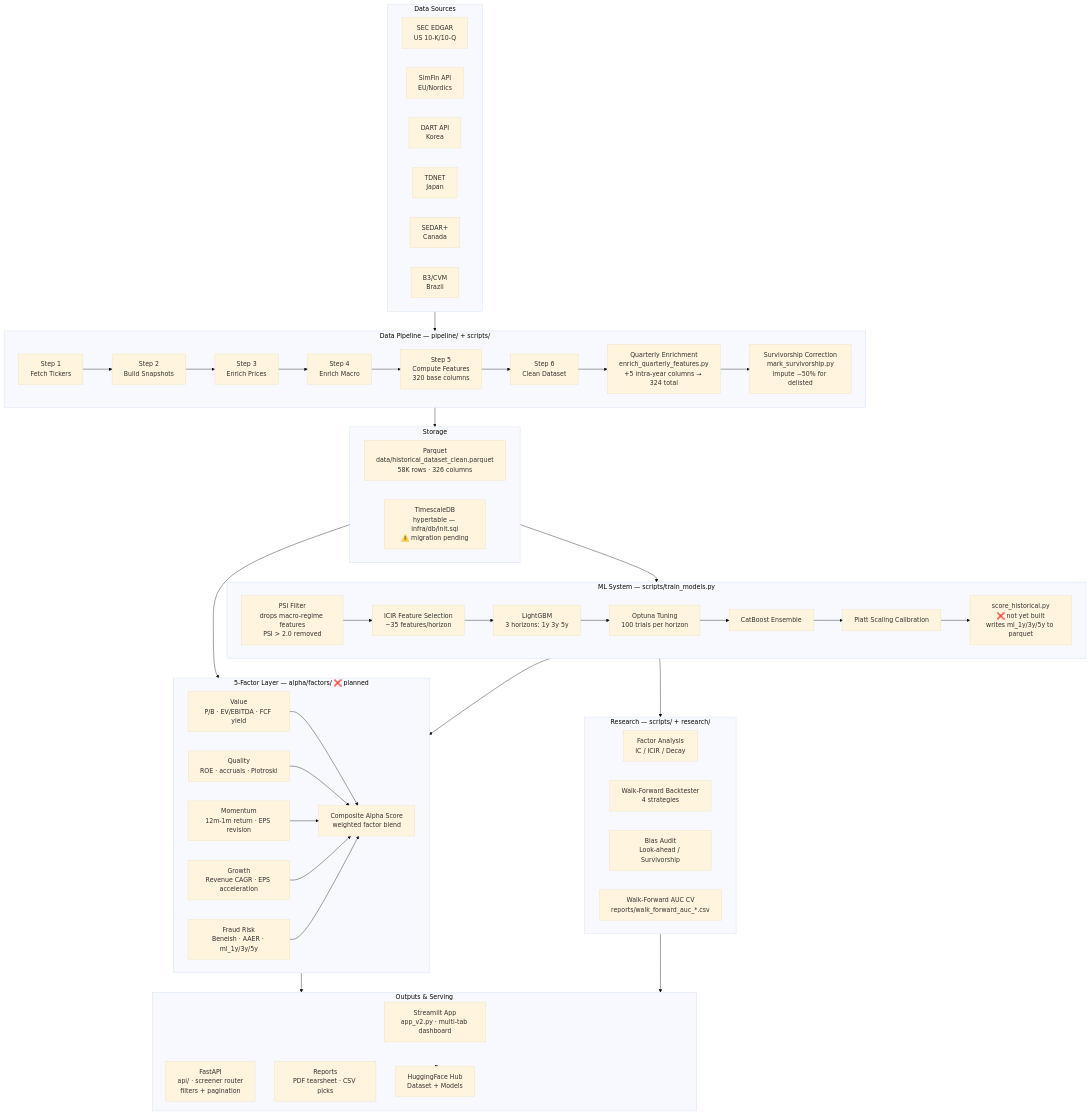
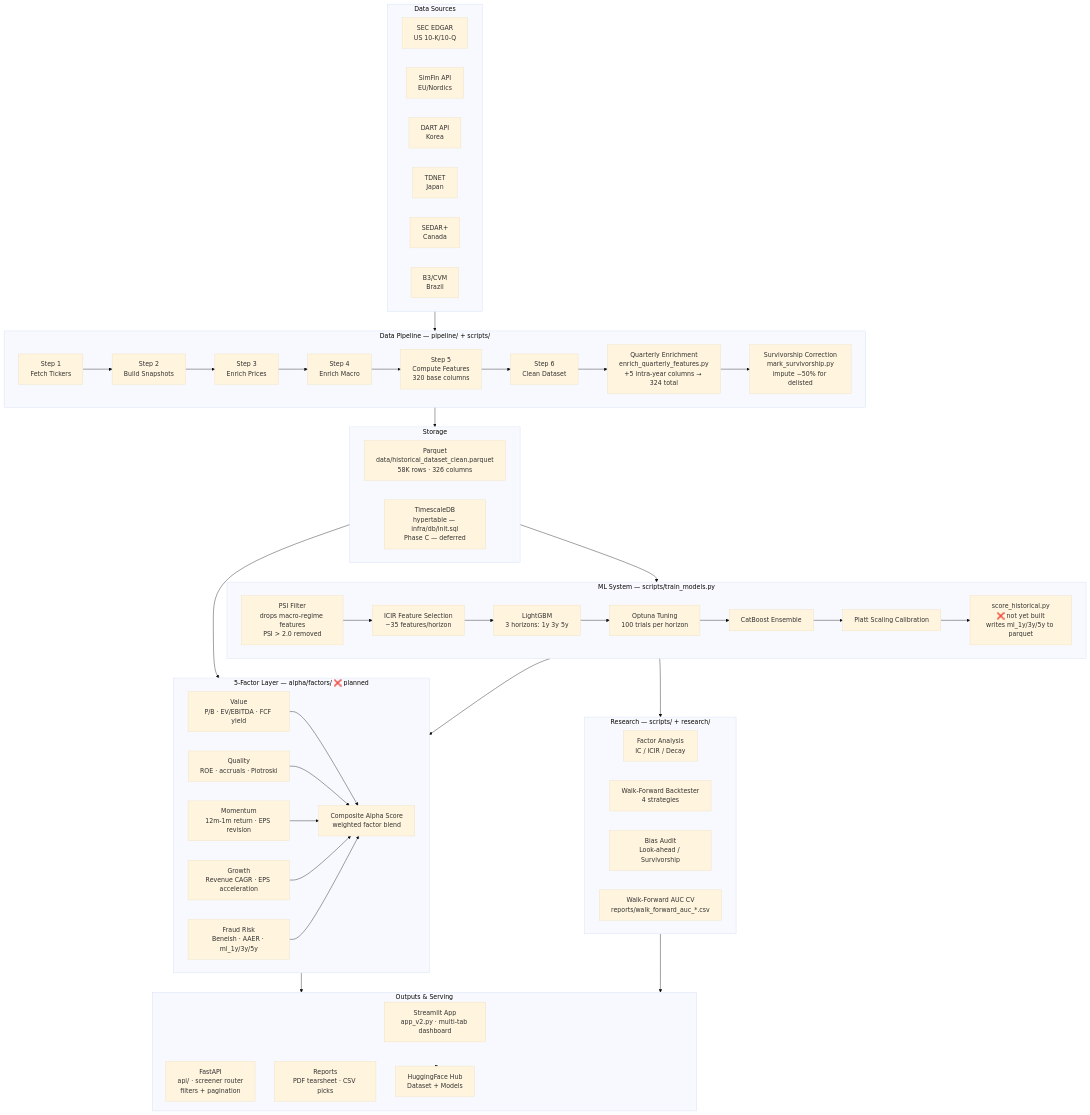
The first of 3 diagrams in docs/architecture.md (sherlock718/stock-fraud-screener), drawn with Mermaid (base theme) before and after one commit. The commit also changed other lines of this file and 8 other files, not shown here.

First line of the commit message:
docs(phase-a): housekeeping pass — stale warnings, schema guide, distribution script, feature registry

````diff
--- a/docs/architecture.md
+++ b/docs/architecture.md
@@ -7,73 +7,73 @@
 ```mermaid
 graph TB
     subgraph Sources["Data Sources"]
         A1[SEC EDGAR<br/>US 10-K/10-Q]
         A2[SimFin API<br/>EU/Nordics]
         A3[DART API<br/>Korea]
         A4[TDNET<br/>Japan]
         A5[SEDAR+<br/>Canada]
         A6[B3/CVM<br/>Brazil]
     end
 
     subgraph Pipeline["Data Pipeline — pipeline/ + scripts/"]
         B1[Step 1<br/>Fetch Tickers]
         B2[Step 2<br/>Build Snapshots]
         B3[Step 3<br/>Enrich Prices]
         B4[Step 4<br/>Enrich Macro]
         B5[Step 5<br/>Compute Features<br/>320 base columns]
         B6[Step 6<br/>Clean Dataset]
         B7[Quarterly Enrichment<br/>enrich_quarterly_features.py<br/>+5 intra-year columns → 324 total]
         B8[Survivorship Correction<br/>mark_survivorship.py<br/>impute −50% for delisted]
         B1 --> B2 --> B3 --> B4 --> B5 --> B6 --> B7 --> B8
     end
 
     subgraph Factors["5-Factor Layer — alpha/factors/ ❌ planned"]
         F1[Value<br/>P/B · EV/EBITDA · FCF yield]
         F2[Quality<br/>ROE · accruals · Piotroski]
         F3[Momentum<br/>12m-1m return · EPS revision]
         F4[Growth<br/>Revenue CAGR · EPS acceleration]
         F5[Fraud Risk<br/>Beneish · AAER · ml_1y/3y/5y]
         FA[Composite Alpha Score<br/>weighted factor blend]
         F1 & F2 & F3 & F4 & F5 --> FA
     end
 
     subgraph ML["ML System — scripts/train_models.py"]
         C0[PSI Filter<br/>drops macro-regime features<br/>PSI > 2.0 removed]
         C1[ICIR Feature Selection<br/>~35 features/horizon]
         C2[LightGBM<br/>3 horizons: 1y 3y 5y]
         C3[Optuna Tuning<br/>100 trials per horizon]
         C4[CatBoost Ensemble]
         C5[Platt Scaling Calibration]
         C6[score_historical.py<br/>❌ not yet built<br/>writes ml_1y/3y/5y to parquet]
         C0 --> C1 --> C2 --> C3 --> C4 --> C5 --> C6
     end
 
     subgraph Research["Research — scripts/ + research/"]
         D1[Factor Analysis<br/>IC / ICIR / Decay]
         D2[Walk-Forward Backtester<br/>4 strategies]
         D3[Bias Audit<br/>Look-ahead / Survivorship]
         D4[Walk-Forward AUC CV<br/>reports/walk_forward_auc_*.csv]
     end
 
     subgraph Storage["Storage"]
         S1[Parquet<br/>data/historical_dataset_clean.parquet<br/>58K rows · 326 columns]
-        S2[TimescaleDB<br/>hypertable — infra/db/init.sql<br/>⚠️ migration pending]
+        S2[TimescaleDB<br/>hypertable — infra/db/init.sql<br/>Phase C — deferred]
     end
 
     subgraph Outputs["Outputs & Serving"]
         E1[Streamlit App<br/>app_v2.py · multi-tab dashboard]
         E2[FastAPI<br/>api/ · screener router<br/>filters + pagination]
         E3[Reports<br/>PDF tearsheet · CSV picks]
         E4[HuggingFace Hub<br/>Dataset + Models]
     end
 
     Sources --> Pipeline
     Pipeline --> Storage
     Storage --> ML
     Storage --> Factors
     ML --> Factors
     ML --> Research
     Factors --> Outputs
     Research --> Outputs
     Outputs --> E4
 ```
````
